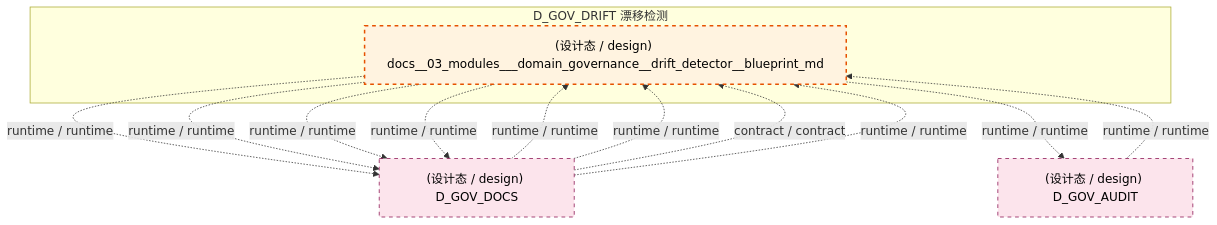
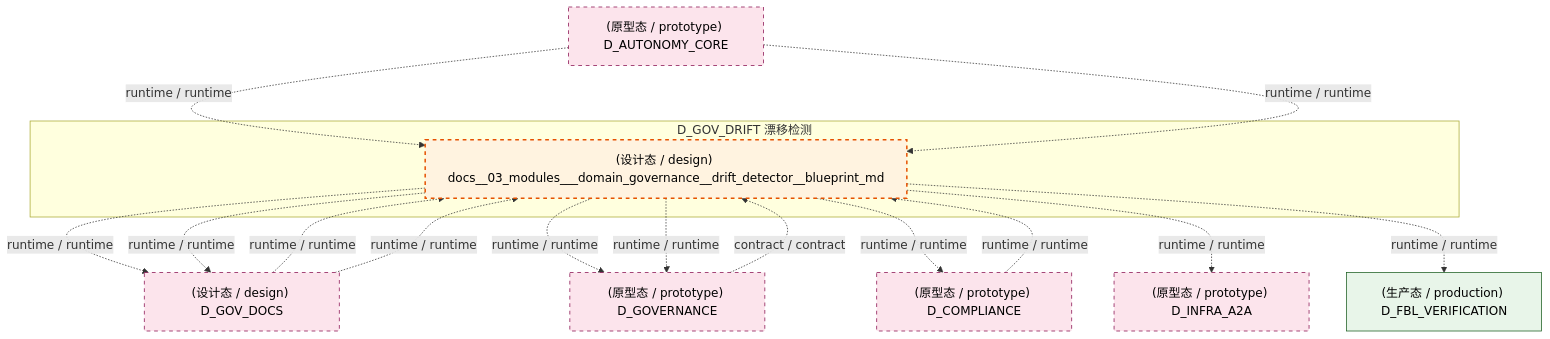
Before and after one commit to xuanFelixVan/ZephyrAlpha: the fifth of 7 diagrams in docs/02_enterprise_architecture/02_domain_architecture_docs/41_d_gov_drift.md, drawn with Mermaid. The commit also changed other lines of this file and 126 other files, not shown here.

````diff
--- a/docs/02_enterprise_architecture/02_domain_architecture_docs/41_d_gov_drift.md
+++ b/docs/02_enterprise_architecture/02_domain_architecture_docs/41_d_gov_drift.md
@@ -541,24 +549,32 @@
 ```mermaid
 graph TD
     subgraph D_GOV_DRIFT["D_GOV_DRIFT 漂移检测"]
         docs_03_modules_domain_governance_drift_detector_blueprint_md["(设计态 / design) docs__03_modules___domain_governance__drift_detector__blueprint_md"]
     end
     D_GOV_DOCS["(设计态 / design) D_GOV_DOCS"]
     docs_03_modules_domain_governance_drift_detector_blueprint_md -.->|runtime / runtime| D_GOV_DOCS
-    D_GOV_AUDIT["(设计态 / design) D_GOV_AUDIT"]
-    docs_03_modules_domain_governance_drift_detector_blueprint_md -.->|runtime / runtime| D_GOV_AUDIT
+    D_GOVERNANCE["(原型态 / prototype) D_GOVERNANCE"]
+    docs_03_modules_domain_governance_drift_detector_blueprint_md -.->|runtime / runtime| D_GOVERNANCE
+    D_COMPLIANCE["(原型态 / prototype) D_COMPLIANCE"]
+    docs_03_modules_domain_governance_drift_detector_blueprint_md -.->|runtime / runtime| D_COMPLIANCE
+    D_INFRA_A2A["(原型态 / prototype) D_INFRA_A2A"]
+    docs_03_modules_domain_governance_drift_detector_blueprint_md -.->|runtime / runtime| D_INFRA_A2A
+    D_FBL_VERIFICATION["(生产态 / production) D_FBL_VERIFICATION"]
+    docs_03_modules_domain_governance_drift_detector_blueprint_md -.->|runtime / runtime| D_FBL_VERIFICATION
     docs_03_modules_domain_governance_drift_detector_blueprint_md -.->|runtime / runtime| D_GOV_DOCS
-    docs_03_modules_domain_governance_drift_detector_blueprint_md -.->|runtime / runtime| D_GOV_DOCS
-    docs_03_modules_domain_governance_drift_detector_blueprint_md -.->|runtime / runtime| D_GOV_DOCS
-    D_GOV_AUDIT -.->|runtime / runtime| docs_03_modules_domain_governance_drift_detector_blueprint_md
+    docs_03_modules_domain_governance_drift_detector_blueprint_md -.->|runtime / runtime| D_GOVERNANCE
+    D_COMPLIANCE -.->|runtime / runtime| docs_03_modules_domain_governance_drift_detector_blueprint_md
     D_GOV_DOCS -.->|runtime / runtime| docs_03_modules_domain_governance_drift_detector_blueprint_md
     D_GOV_DOCS -.->|runtime / runtime| docs_03_modules_domain_governance_drift_detector_blueprint_md
-    D_GOV_DOCS -.->|contract / contract| docs_03_modules_domain_governance_drift_detector_blueprint_md
-    D_GOV_DOCS -.->|runtime / runtime| docs_03_modules_domain_governance_drift_detector_blueprint_md
+    D_GOVERNANCE -.->|contract / contract| docs_03_modules_domain_governance_drift_detector_blueprint_md
+    D_AUTONOMY_CORE["(原型态 / prototype) D_AUTONOMY_CORE"]
+    D_AUTONOMY_CORE -.->|runtime / runtime| docs_03_modules_domain_governance_drift_detector_blueprint_md
+    D_AUTONOMY_CORE -.->|runtime / runtime| docs_03_modules_domain_governance_drift_detector_blueprint_md
     classDef production fill:#e1f5fe,stroke:#01579b,stroke-width:2px,color:#000
     classDef design fill:#fff3e0,stroke:#e65100,stroke-width:2px,color:#000,stroke-dasharray: 5 5
     classDef external_prod fill:#e8f5e9,stroke:#1b5e20,stroke-width:1px,color:#000
     classDef external_design fill:#fce4ec,stroke:#880e4f,stroke-width:1px,color:#000,stroke-dasharray: 5 5
     class docs_03_modules_domain_governance_drift_detector_blueprint_md design
-    class D_GOV_DOCS,D_GOV_AUDIT external_design
+    class D_FBL_VERIFICATION external_prod
+    class D_GOV_DOCS,D_GOVERNANCE,D_COMPLIANCE,D_INFRA_A2A,D_AUTONOMY_CORE external_design
 ```
````
